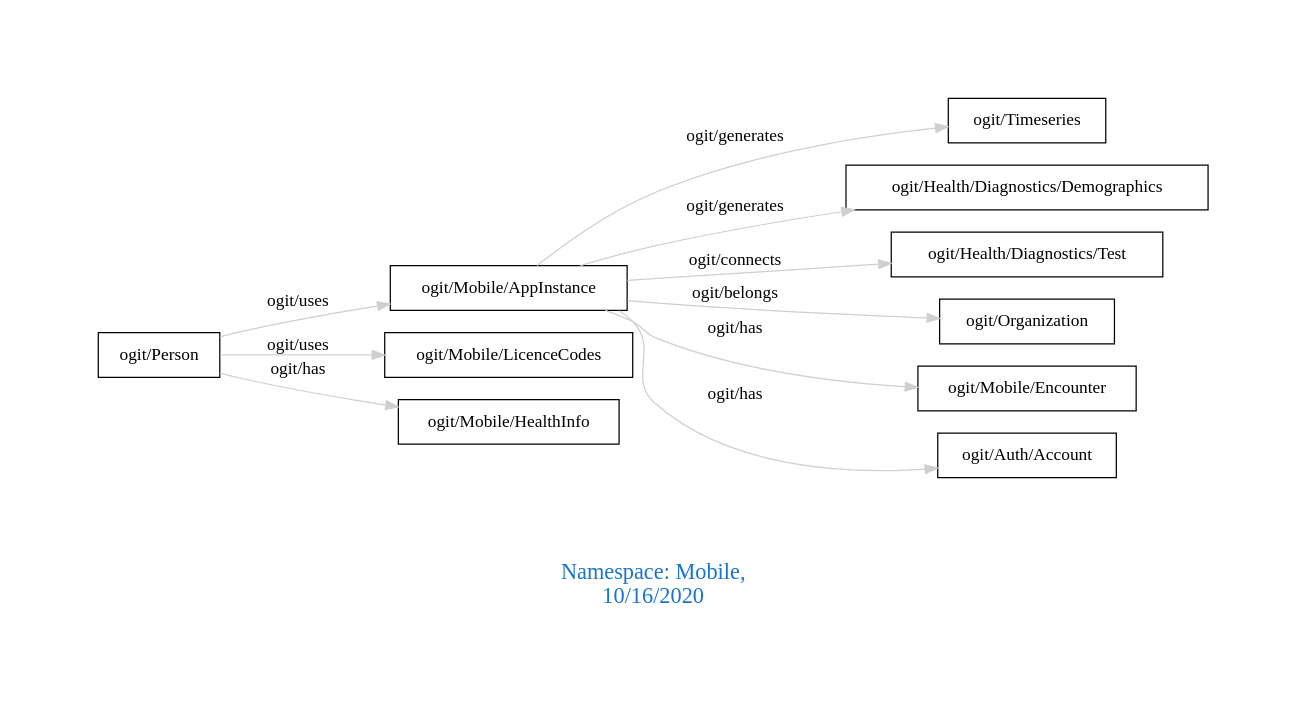
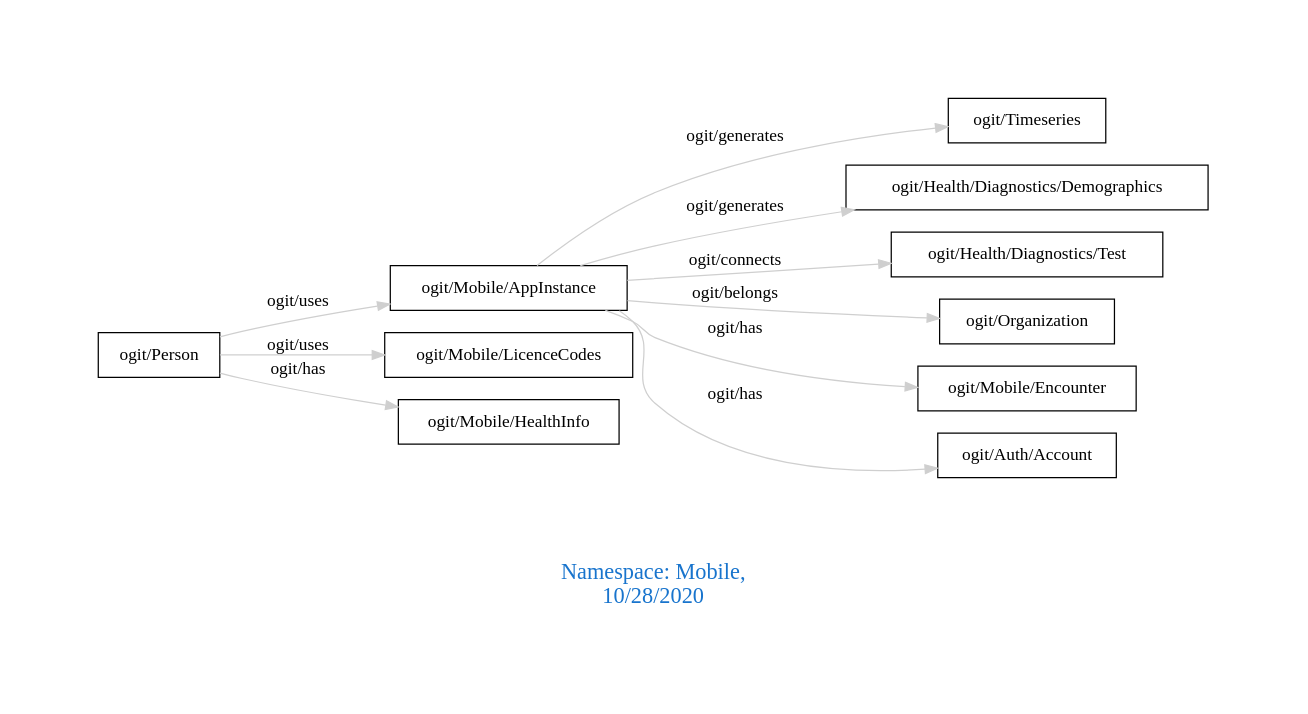
One commit to arago/OGIT changed the diagram in downloads/Mobile.dot. Above: the diagram before and after it, drawn with Graphviz. The commit also changed 1830 other files, not shown here.

```diff
--- a/downloads/Mobile.dot
+++ b/downloads/Mobile.dot
@@ -1,17 +1,17 @@
 digraph OGIT_ontology {
  graph [ rankdir= LR,pad=1 
 fontsize = 18,
-fontcolor= dodgerblue3,label = "\n\n\nNamespace: Mobile, \n 10/16/2020"];
+fontcolor= dodgerblue3,label = "\n\n\nNamespace: Mobile, \n 10/28/2020"];
 node[shape=polygon];
 edge [  color="gray81"];
 
    "ogit/Mobile/AppInstance" -> "ogit/Timeseries" [label="   ogit/generates    "];
    "ogit/Mobile/AppInstance" -> "ogit/Health/Diagnostics/Demographics" [label="   ogit/generates    "];
    "ogit/Mobile/AppInstance" -> "ogit/Health/Diagnostics/Test" [label="   ogit/connects    "];
    "ogit/Mobile/AppInstance" -> "ogit/Organization" [label="   ogit/belongs    "];
    "ogit/Person" -> "ogit/Mobile/AppInstance" [label="   ogit/uses    "];
    "ogit/Person" -> "ogit/Mobile/LicenceCodes" [label="   ogit/uses    "];
    "ogit/Mobile/AppInstance" -> "ogit/Mobile/Encounter" [label="   ogit/has    "];
    "ogit/Mobile/AppInstance" -> "ogit/Auth/Account" [label="   ogit/has    "];
    "ogit/Person" -> "ogit/Mobile/HealthInfo" [label="   ogit/has    "];
 }
```
